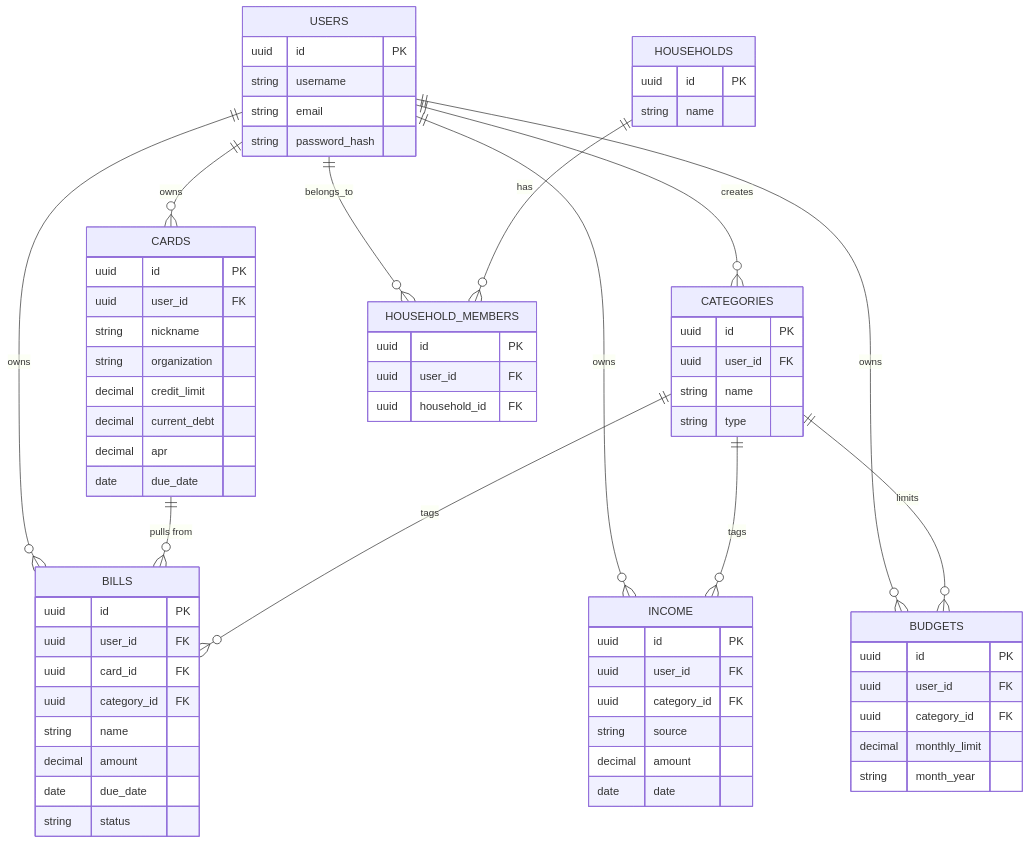
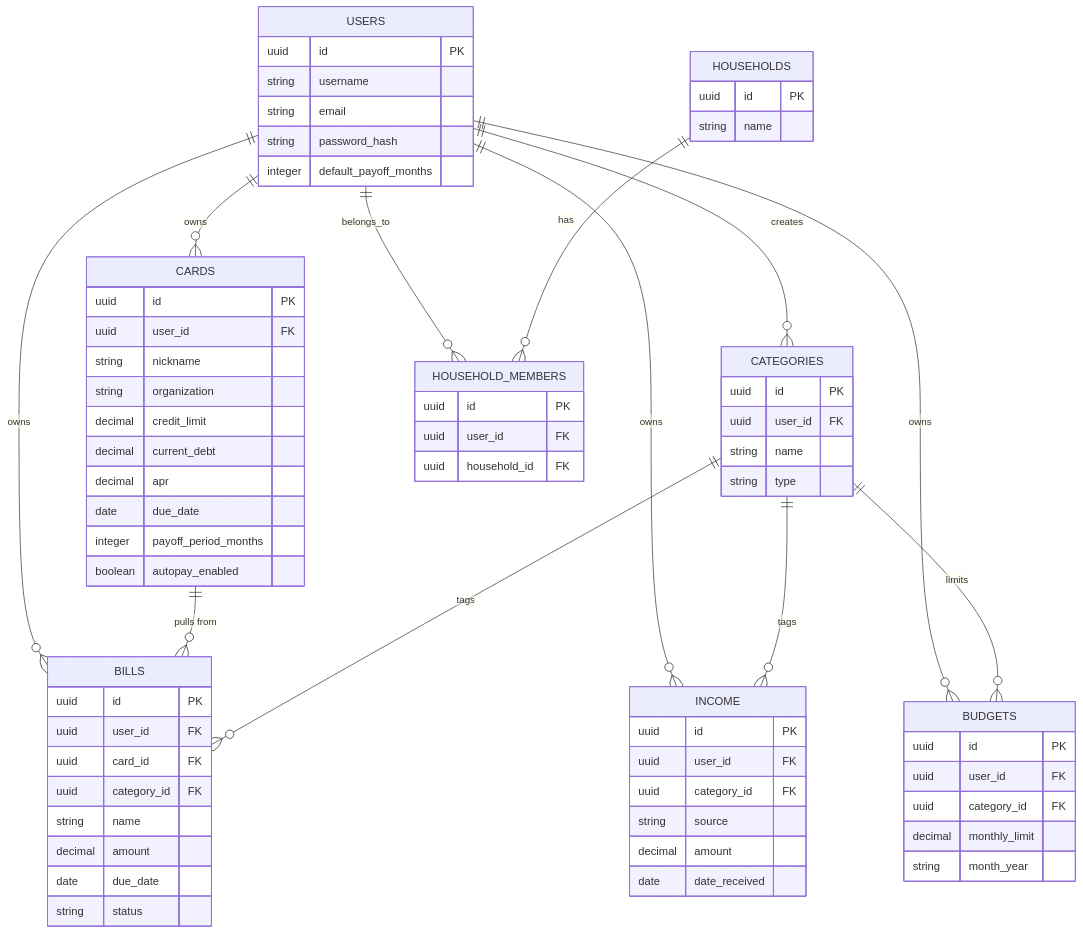
One commit to JAugustineFlory/WealthSight changed the diagram in README.md. Above: the diagram before and after it, drawn with Mermaid. The commit also changed other lines of this file and 37 other files, not shown here.

````diff
--- a/README.md
+++ b/README.md
@@ -22,71 +117,74 @@
 ```mermaid
 erDiagram
   USERS ||--o{ CATEGORIES : creates
   USERS ||--o{ CARDS : owns
   USERS ||--o{ BILLS : owns
   USERS ||--o{ INCOME : owns
   USERS ||--o{ BUDGETS : owns
   CARDS ||--o{ BILLS : "pulls from"
   CATEGORIES ||--o{ BILLS : tags
   CATEGORIES ||--o{ INCOME : tags
   CATEGORIES ||--o{ BUDGETS : limits
   USERS ||--o{ HOUSEHOLD_MEMBERS : belongs_to
   HOUSEHOLDS ||--o{ HOUSEHOLD_MEMBERS : has
 
   USERS {
     uuid id PK
     string username
     string email
     string password_hash
+    integer default_payoff_months
   }
   CATEGORIES {
     uuid id PK
     uuid user_id FK
     string name
     string type
   }
   CARDS {
     uuid id PK
     uuid user_id FK
     string nickname
     string organization
     decimal credit_limit
     decimal current_debt
     decimal apr
     date due_date
+    integer payoff_period_months
+    boolean autopay_enabled
   }
   BILLS {
     uuid id PK
     uuid user_id FK
     uuid card_id FK
     uuid category_id FK
     string name
     decimal amount
     date due_date
     string status
   }
   INCOME {
     uuid id PK
     uuid user_id FK
     uuid category_id FK
     string source
     decimal amount
-    date date
+    date date_received
   }
   BUDGETS {
     uuid id PK
     uuid user_id FK
     uuid category_id FK
     decimal monthly_limit
     string month_year
   }
   HOUSEHOLDS {
     uuid id PK
     string name
   }
   HOUSEHOLD_MEMBERS {
     uuid id PK
     uuid user_id FK
     uuid household_id FK
   }
 ```
````
